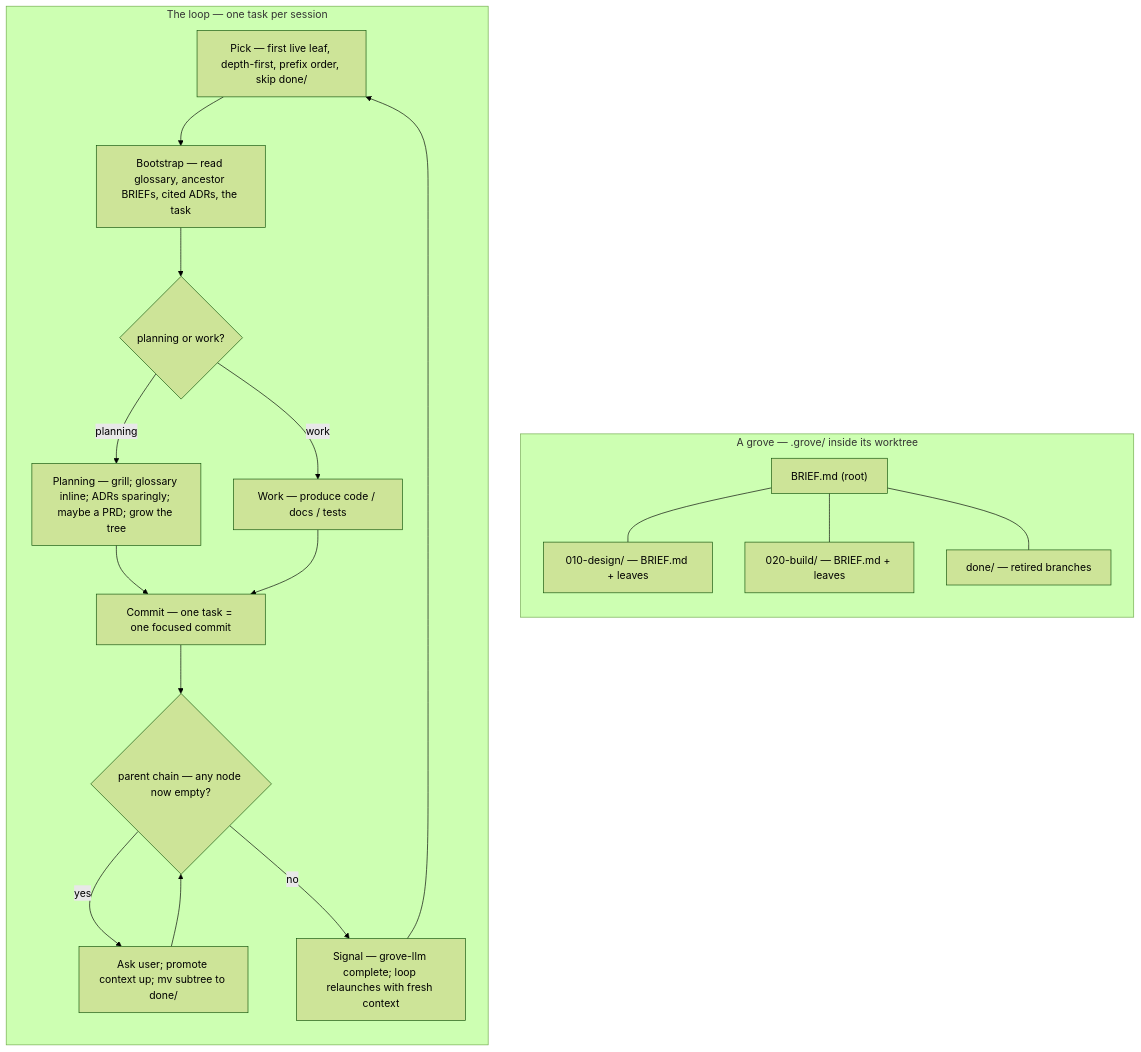
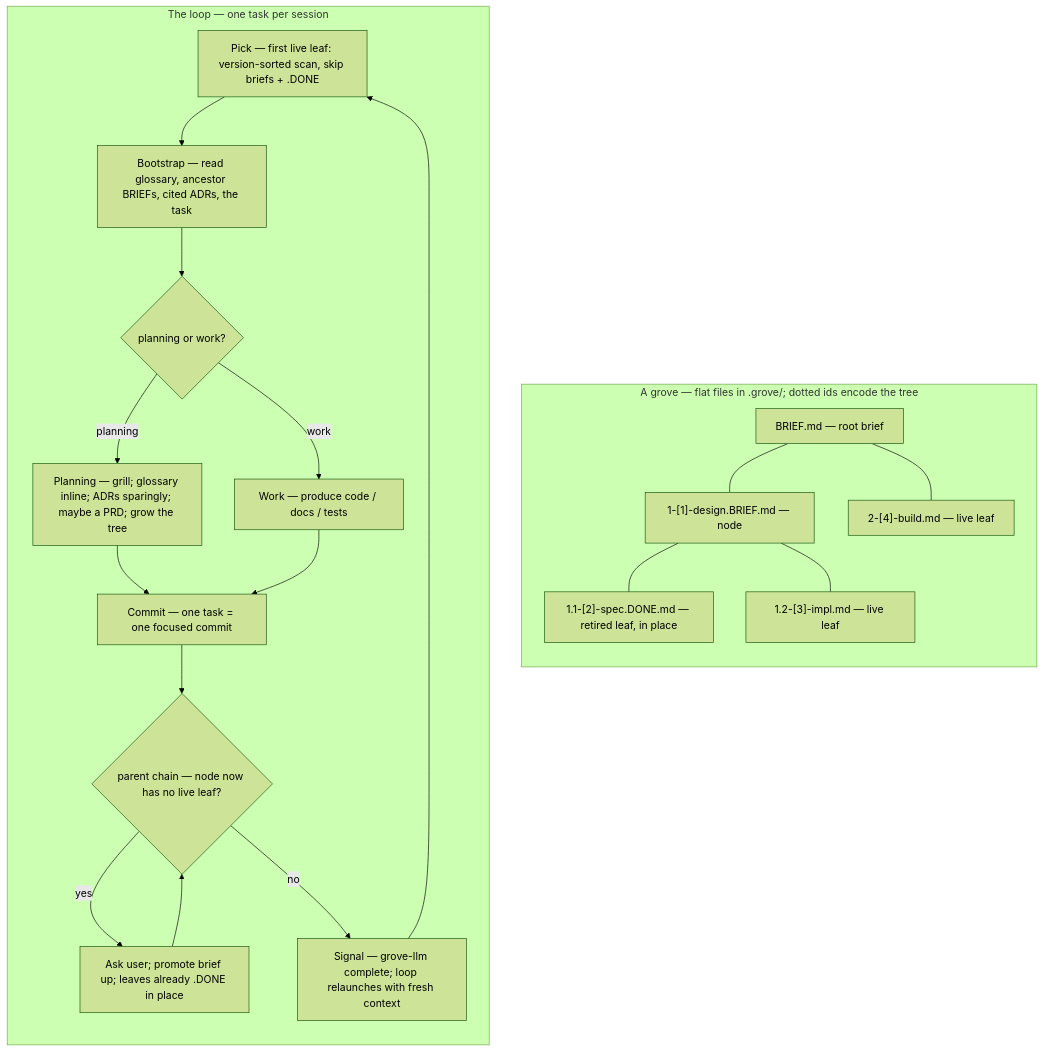
Before and after one commit to Linkuistics/grove: the diagram in content/SKILL.md, drawn with Mermaid (forest theme). The commit also changed other lines of this file and 4 other files, not shown here.

````diff
--- a/content/SKILL.md
+++ b/content/SKILL.md
@@ -13,31 +13,33 @@
 ```mermaid
 flowchart TD
-  subgraph tree["A grove — .grove/ inside its worktree"]
+  subgraph tree["A grove — flat files in .grove/; dotted ids encode the tree"]
     direction TB
-    root["BRIEF.md (root)"]
-    n1["010-design/ — BRIEF.md + leaves"]
-    n2["020-build/ — BRIEF.md + leaves"]
-    done["done/ — retired branches"]
+    root["BRIEF.md — root brief"]
+    n1["1-[1]-design.BRIEF.md — node"]
+    l1["1.1-[2]-spec.DONE.md — retired leaf, in place"]
+    l2["1.2-[3]-impl.md — live leaf"]
+    n2["2-[4]-build.md — live leaf"]
     root --- n1
     root --- n2
-    root --- done
+    n1 --- l1
+    n1 --- l2
   end
   subgraph loop["The loop — one task per session"]
     direction TB
-    pick["Pick — first live leaf, depth-first, prefix order, skip done/"]
+    pick["Pick — first live leaf: version-sorted scan, skip briefs + .DONE"]
     boot["Bootstrap — read glossary, ancestor BRIEFs, cited ADRs, the task"]
     exec{"planning or work?"}
     plan["Planning — grill; glossary inline; ADRs sparingly; maybe a PRD; grow the tree"]
     work["Work — produce code / docs / tests"]
     commit["Commit — one task = one focused commit"]
-    retire{"parent chain — any node now empty?"}
-    ret["Ask user; promote context up; mv subtree to done/"]
+    retire{"parent chain — node now has no live leaf?"}
+    ret["Ask user; promote brief up; leaves already .DONE in place"]
     signal["Signal — grove-llm complete; loop relaunches with fresh context"]
     pick --> boot --> exec
     exec -->|planning| plan --> commit
     exec -->|work| work --> commit
     commit --> retire
     retire -->|yes| ret --> retire
     retire -->|no| signal --> pick
   end
 ```
````
